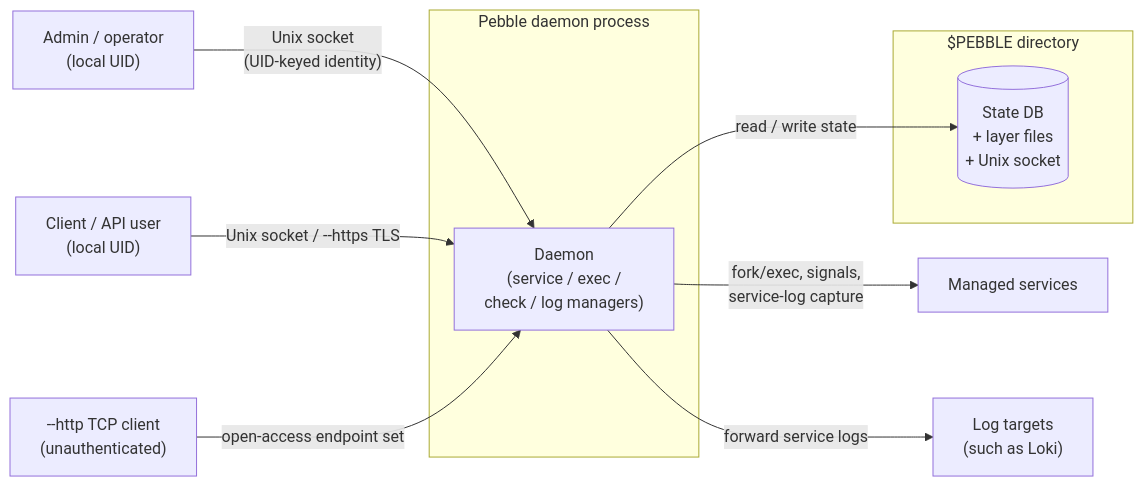
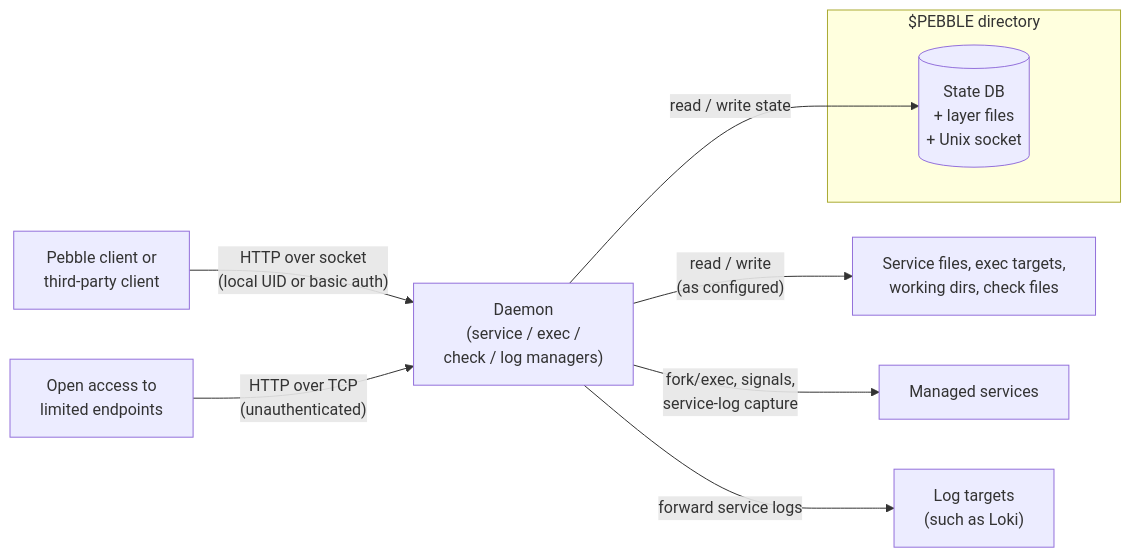
One commit to canonical/pebble changed the diagram in docs/explanation/security.md. Above: the diagram before and after it, drawn with Mermaid. The commit also changed other lines of this file, not shown here.

````diff
--- a/docs/explanation/security.md
+++ b/docs/explanation/security.md
@@ -10,21 +10,19 @@
 ```{mermaid}
 flowchart LR
-    Admin["Admin / operator<br/>(local UID)"]
-    Client["Client / API user<br/>(local UID)"]
-    HTTP["--http TCP client<br/>(unauthenticated)"]
-    subgraph DaemonProc["Pebble daemon process"]
-        Daemon["Daemon<br/>(service / exec /<br/>check / log managers)"]
-    end
+    Client["Pebble client or<br/>third-party client"]
+    HTTP["Open access to<br/>limited endpoints"]
+    Daemon["Daemon<br/>(service / exec /<br/>check / log managers)"]
     subgraph State["$PEBBLE directory"]
         StateDB[("State DB<br/>+ layer files<br/>+ Unix socket")]
     end
+    HostFS["Service files, exec targets,<br/>working dirs, check files"]
     Services["Managed services"]
     Logs["Log targets<br/>(such as Loki)"]
 
-    Admin -- "Unix socket<br/>(UID-keyed identity)" --> Daemon
-    Client -- "Unix socket / --https TLS" --> Daemon
-    HTTP -- "open-access endpoint set" --> Daemon
+    Client -- "HTTP over socket<br/>(local UID or basic auth)" --> Daemon
+    HTTP -- "HTTP over TCP<br/>(unauthenticated)" --> Daemon
     Daemon -- "fork/exec, signals,<br/>service-log capture" --> Services
     Daemon -- "read / write state" --> StateDB
+    Daemon -- "read / write<br/>(as configured)" --> HostFS
     Daemon -- "forward service logs" --> Logs
 ```
````
